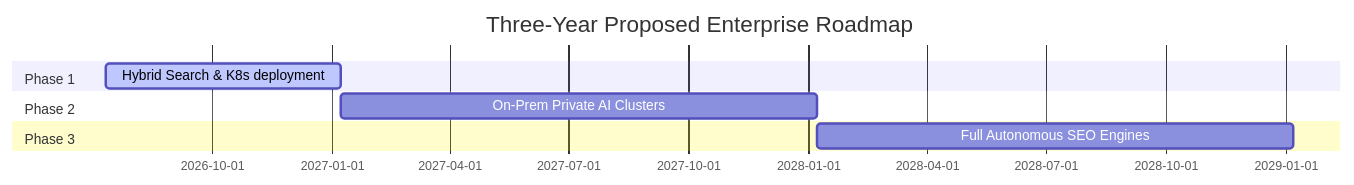
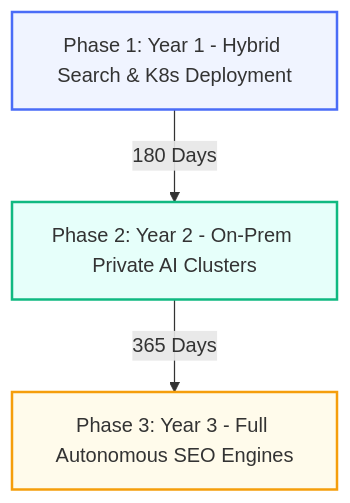
Before and after one commit to ruthvikgoud16/Nimblize-demo: diagram 21 of 21 in docs/Nimblize_Future_Implementation_Roadmap.md, drawn with Mermaid. The commit also changed other lines of this file and 1 other file, not shown here.

Commit message:
Improve future implementation roadmap report design

````diff
--- a/docs/Nimblize_Future_Implementation_Roadmap.md
+++ b/docs/Nimblize_Future_Implementation_Roadmap.md
@@ -811,11 +809,9 @@
 ```mermaid
-gantt
-    title Three-Year Proposed Enterprise Roadmap
-    dateFormat  YYYY-MM-DD
-    section Phase 1
-    Hybrid Search & K8s deployment :active, 2026-07-12, 180d
-    section Phase 2
-    On-Prem Private AI Clusters    :2027-01-08, 365d
-    section Phase 3
-    Full Autonomous SEO Engines     :2028-01-08, 365d
+graph TD
+    P1[Phase 1: Year 1 - Hybrid Search & K8s Deployment] -->|180 Days| P2[Phase 2: Year 2 - On-Prem Private AI Clusters]
+    P2 -->|365 Days| P3[Phase 3: Year 3 - Full Autonomous SEO Engines]
+    
+    style P1 fill:#f0f4ff,stroke:#4a6cf7,stroke-width:2px
+    style P2 fill:#e6fffa,stroke:#10b981,stroke-width:2px
+    style P3 fill:#fffbeb,stroke:#f59e0b,stroke-width:2px
 ```
````
